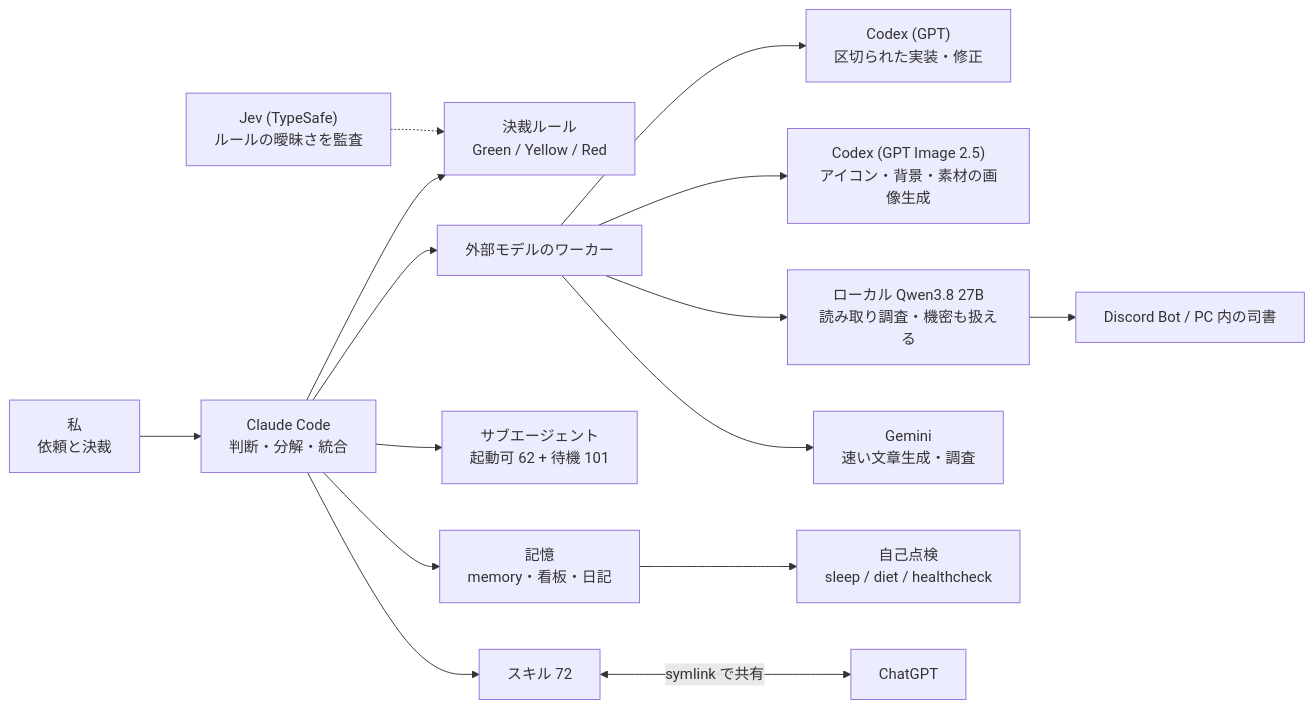
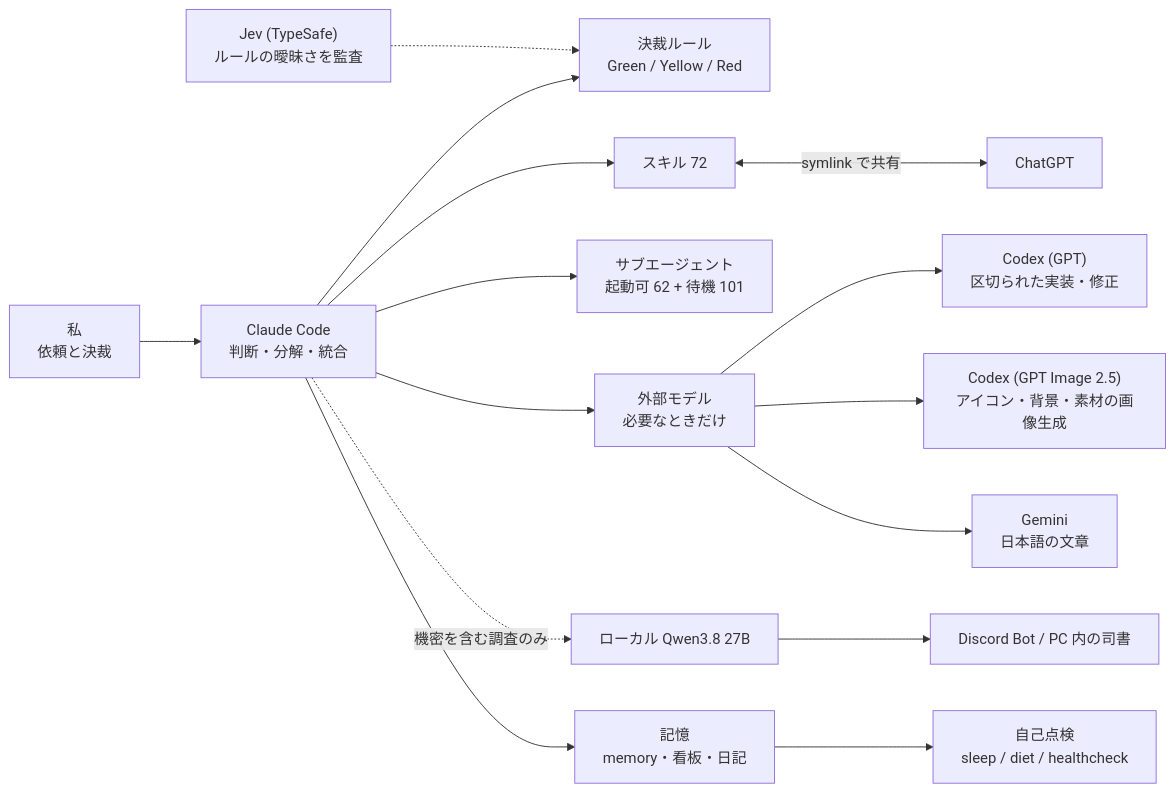
The diagram in README.md (MaryCache/MaryCache), drawn with Mermaid before and after one commit. The commit also changed other lines of this file, not shown here.

Commit message:
[更新] 体制図とモデルの使い分けを実態に合わせる
ほとんどの作業は Claude の中で完結。外部に出すのは Codex（実装・画像）と日本語の文章の Gemini だけ。
ローカル Qwen は機密を含む調査のみ（点線）

````diff
--- a/README.md
+++ b/README.md
@@ -28,17 +28,17 @@
 ```mermaid
 graph LR
   K["私<br/>依頼と決裁"] --> C["Claude Code<br/>判断・分解・統合"]
   C --> RULE["決裁ルール<br/>Green / Yellow / Red"]
   JEV["Jev (TypeSafe)<br/>ルールの曖昧さを監査"] -.-> RULE
   C --> SK["スキル 72"]
   C --> AG["サブエージェント<br/>起動可 62 + 待機 101"]
-  C --> W["外部モデルのワーカー"]
+  C --> W["外部モデル<br/>必要なときだけ"]
   W --> LUNA["Codex (GPT)<br/>区切られた実装・修正"]
   W --> IMG["Codex (GPT Image 2.5)<br/>アイコン・背景・素材の画像生成"]
-  W --> QWEN["ローカル Qwen3.8 27B<br/>読み取り調査・機密も扱える"]
-  W --> GEM["Gemini<br/>速い文章生成・調査"]
+  W --> GEM["Gemini<br/>日本語の文章"]
+  C -.->|機密を含む調査のみ| QWEN["ローカル Qwen3.8 27B"]
   C --> MEM["記憶<br/>memory・看板・日記"]
   MEM --> OPS["自己点検<br/>sleep / diet / healthcheck"]
   SK <-->|symlink で共有| GPT["ChatGPT"]
   QWEN --> BOT["Discord Bot / PC 内の司書"]
 ```
````
